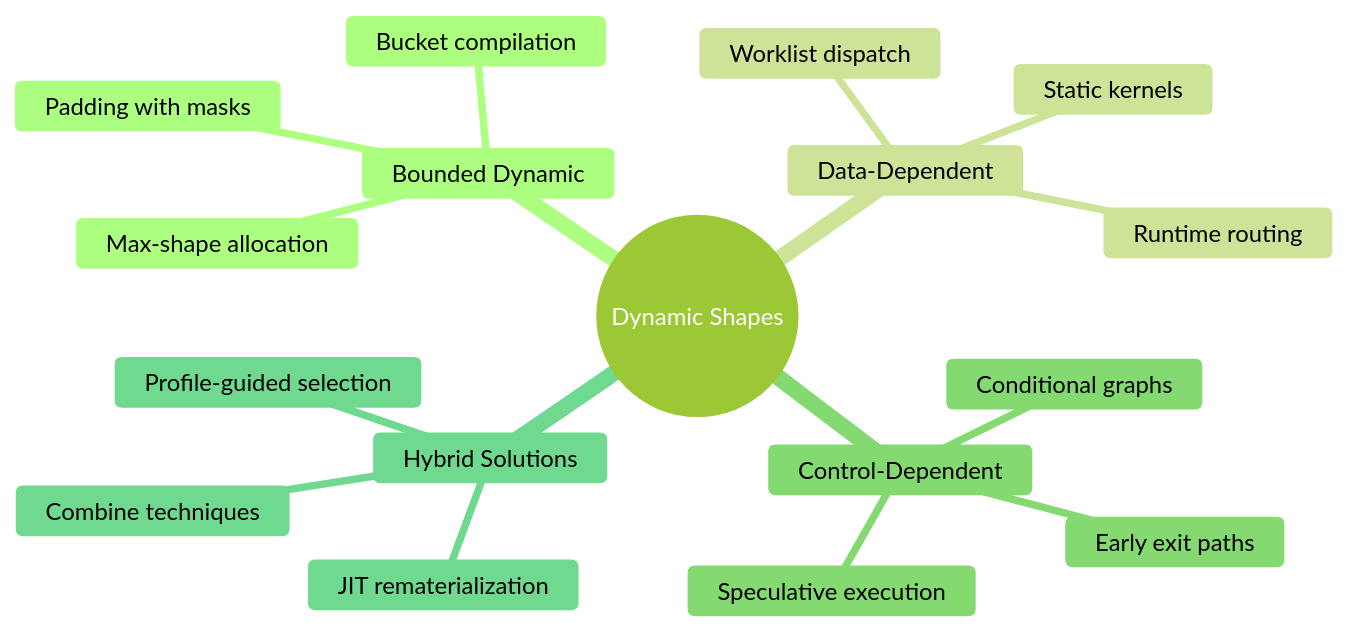
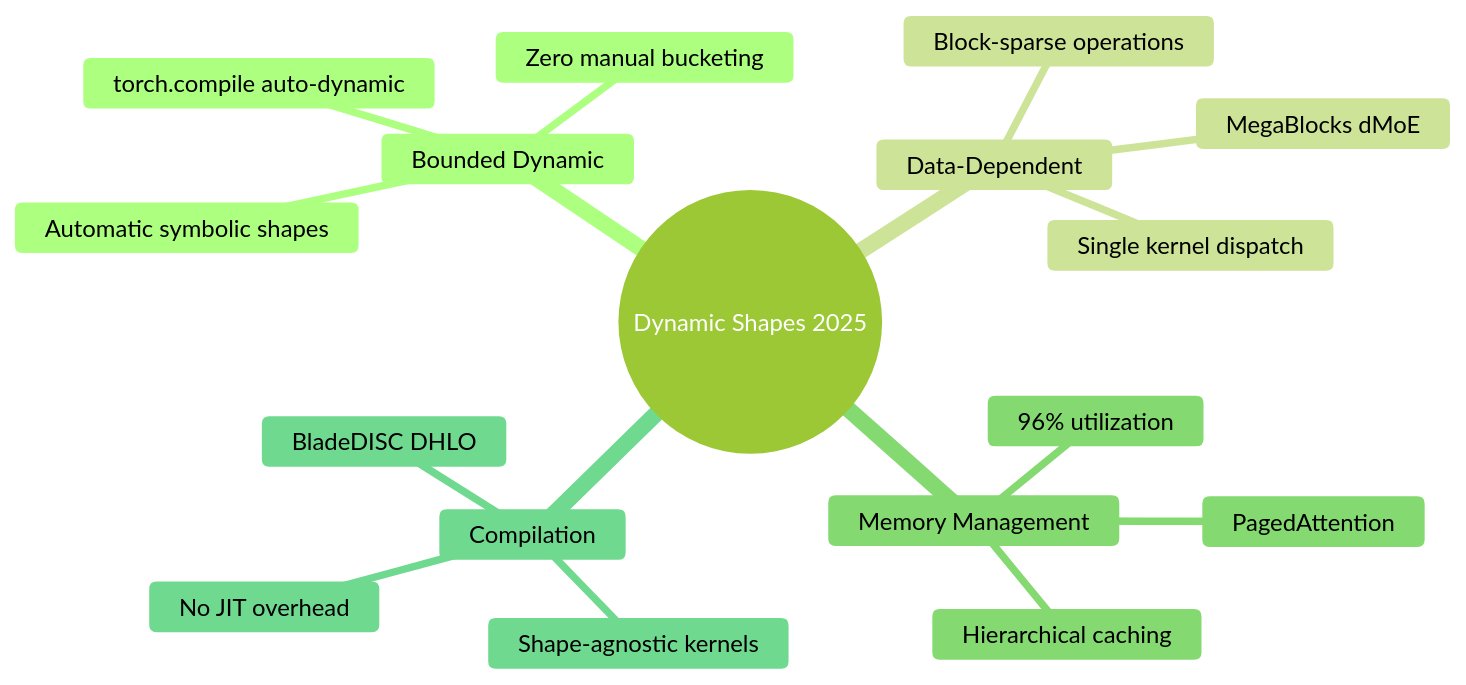
The tenth of 10 diagrams in dynamic-shapes.md (srikantharun/srikantharun.github.io), drawn with Mermaid (forest theme) before and after one commit. The commit also changed other lines of this file, not shown here.

First line of the commit message:
docs: update dynamic shapes blog with 2025 techniques

````diff
--- a/dynamic-shapes.md
+++ b/dynamic-shapes.md
@@ -415,20 +498,20 @@
 ```mermaid
 mindmap
-  root((Dynamic Shapes))
+  root((Dynamic Shapes 2025))
     Bounded Dynamic
-      Bucket compilation
-      Padding with masks
-      Max-shape allocation
+      torch.compile auto-dynamic
+      Automatic symbolic shapes
+      Zero manual bucketing
     Data-Dependent
-      Worklist dispatch
-      Static kernels
-      Runtime routing
-    Control-Dependent
-      Conditional graphs
-      Early exit paths
-      Speculative execution
-    Hybrid Solutions
-      Combine techniques
-      Profile-guided selection
-      JIT rematerialization
+      MegaBlocks dMoE
+      Block-sparse operations
+      Single kernel dispatch
+    Memory Management
+      PagedAttention
+      96% utilization
+      Hierarchical caching
+    Compilation
+      BladeDISC DHLO
+      Shape-agnostic kernels
+      No JIT overhead
 ```
````
